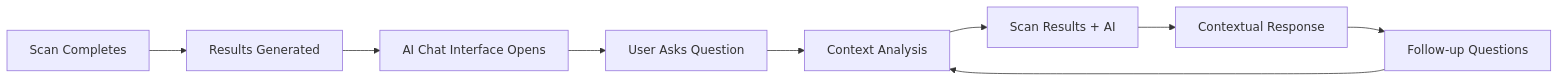
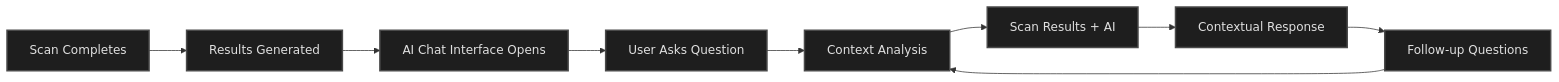
Before and after one commit to CyberUltron-Consulting-Private-Limited/DevSecShield: the fourth of 4 diagrams in Docs.md, drawn with Mermaid. The commit also changed other lines of this file and 5 other files, not shown here.

````diff
--- a/Docs.md
+++ b/Docs.md
@@ -572,11 +609,13 @@
 ```mermaid
 flowchart LR
     A[Scan Completes] --> B[Results Generated]
     B --> C[AI Chat Interface Opens]
     C --> D[User Asks Question]
     D --> E[Context Analysis]
     E --> F[Scan Results + AI]
     F --> G[Contextual Response]
     G --> H[Follow-up Questions]
     H --> E
+    
+    classDef default fill:#1e1e1e,stroke:#4a4a4a,stroke-width:2px,color:#e0e0e0
 ```
````
